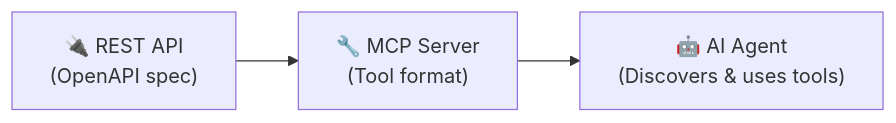
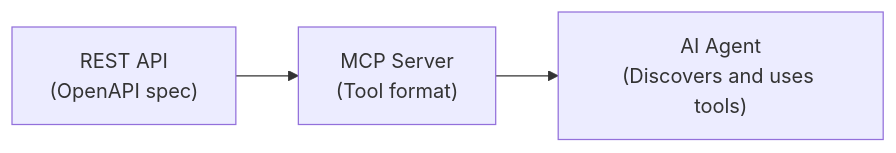
One commit to gravitee-io-labs/Gravitee-AI-Agent-Workshop changed the second of 6 diagrams in README.md. Above: the diagram before and after it, drawn with Mermaid. The commit also changed other lines of this file and 1 other file, not shown here.

````diff
--- a/README.md
+++ b/README.md
@@ -217,5 +225,5 @@
 ```mermaid
 flowchart LR
-    A["🔌 REST API<br/>(OpenAPI spec)"] --> B["🔧 MCP Server<br/>(Tool format)"]
-    B --> C["🤖 AI Agent<br/>(Discovers & uses tools)"]
+    A["REST API\n(OpenAPI spec)"] --> B["MCP Server\n(Tool format)"]
+    B --> C["AI Agent\n(Discovers and uses tools)"]
 ```
````
